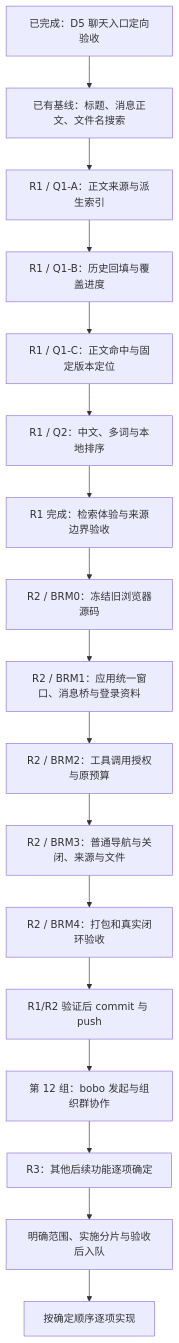
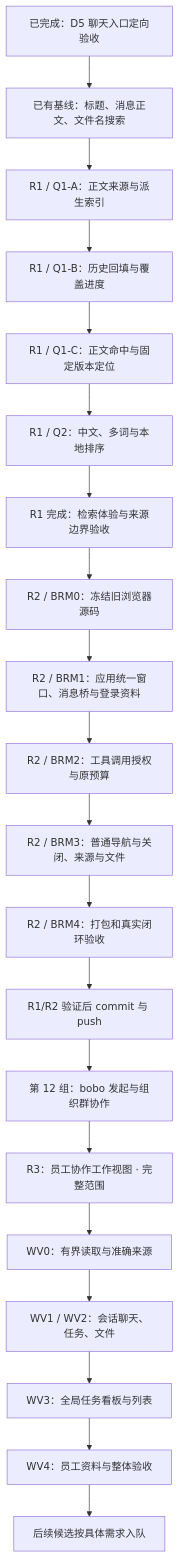
Before and after one commit to 6owen/boai-agent: the diagram in ai-docs/spec/01-后续功能实施路线图.md, drawn with Mermaid. The commit also changed other lines of this file and 141 other files, not shown here.

````diff
--- a/ai-docs/spec/01-后续功能实施路线图.md
+++ b/ai-docs/spec/01-后续功能实施路线图.md
@@ -25,19 +26,22 @@
 ```mermaid
 flowchart TD
     P[已完成：D5 聊天入口定向验收] --> A[已有基线：标题、消息正文、文件名搜索]
     A --> B[R1 / Q1-A：正文来源与派生索引]
     B --> C[R1 / Q1-B：历史回填与覆盖进度]
     C --> D[R1 / Q1-C：正文命中与固定版本定位]
     D --> E[R1 / Q2：中文、多词与本地排序]
     E --> F[R1 完成：检索体验与来源边界验收]
     F --> G[R2 / BRM0：冻结旧浏览器源码]
     G --> H[R2 / BRM1：应用统一窗口、消息桥与登录资料]
     H --> I[R2 / BRM2：工具调用授权与原预算]
     I --> J[R2 / BRM3：普通导航与关闭、来源与文件]
     J --> K[R2 / BRM4：打包和真实闭环验收]
     K --> CMT[R1/R2 验证后 commit 与 push]
     CMT --> O[第 12 组：bobo 发起与组织群协作]
-    O --> L[R3：其他后续功能逐项确定]
-    L --> M[明确范围、实施分片与验收后入队]
-    M --> N[按确定顺序逐项实现]
+    O --> L[R3：员工协作工作视图 · 完整范围]
+    L --> M[WV0：有界读取与准确来源]
+    M --> N[WV1 / WV2：会话聊天、任务、文件]
+    N --> V[WV3：全局任务看板与列表]
+    V --> W[WV4：员工资料与整体验收]
+    W --> X[后续候选按具体需求入队]
 ```
````
